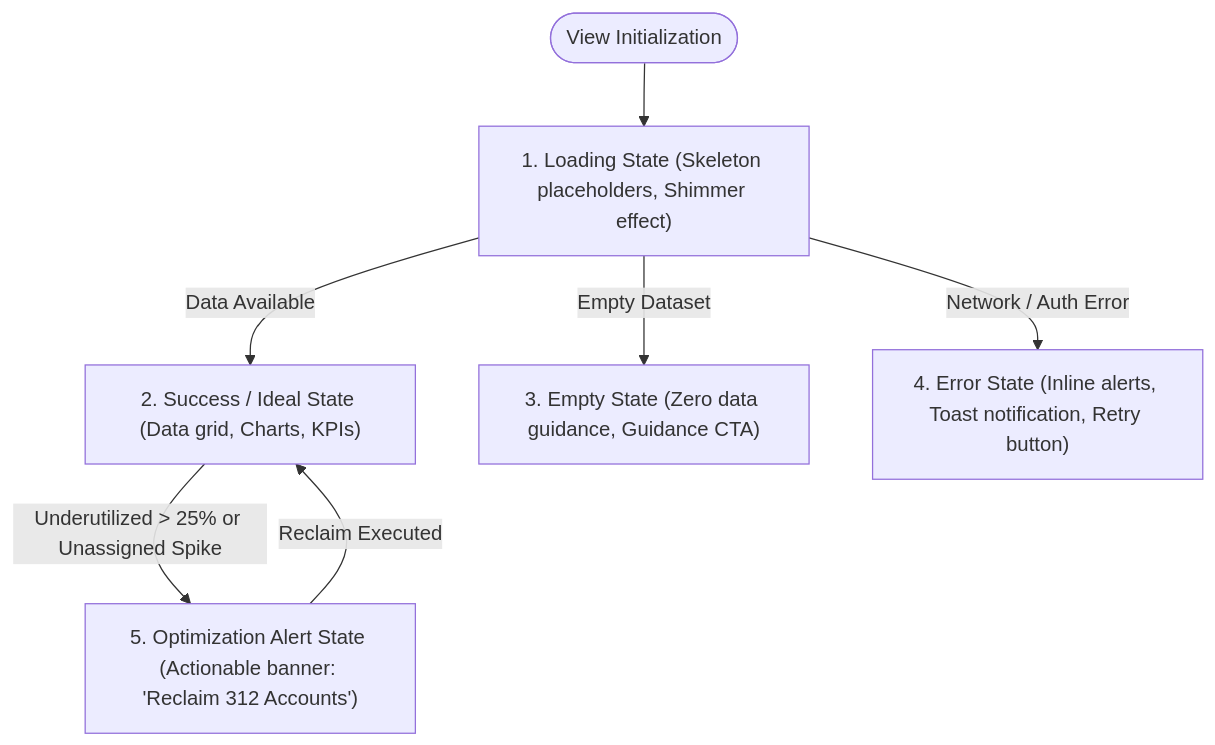
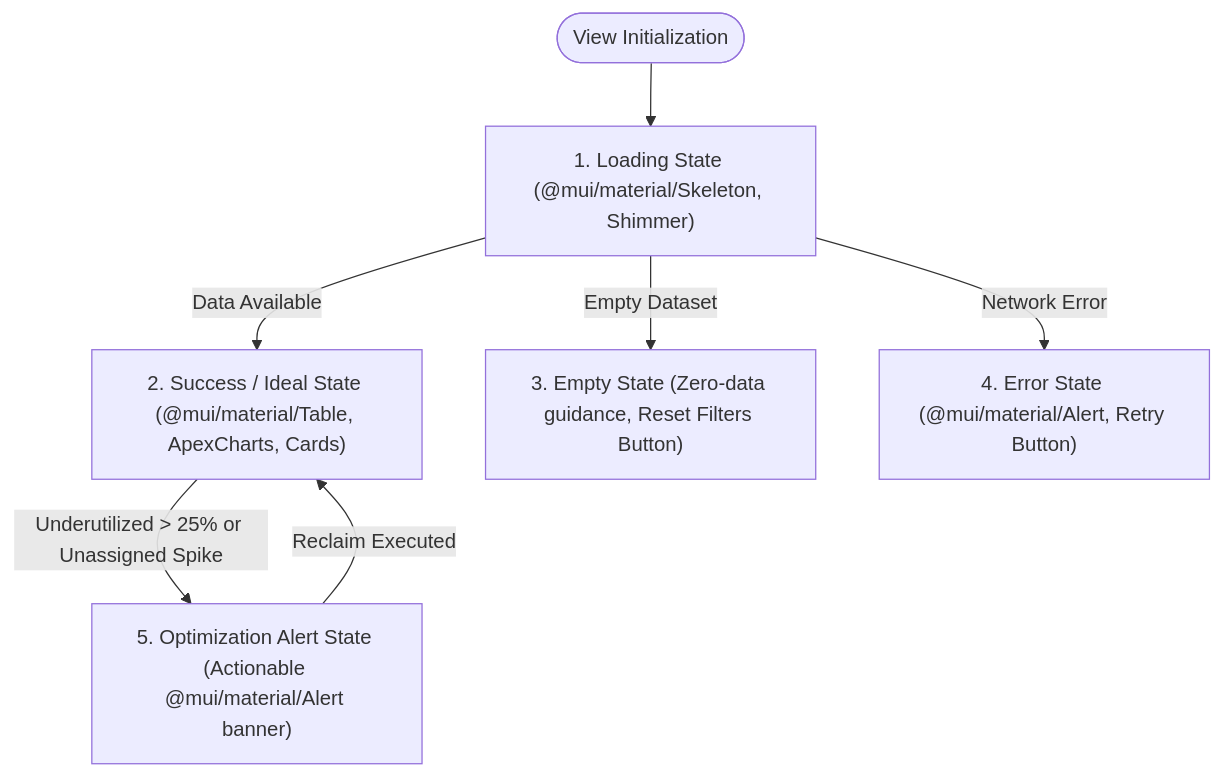
The second of 2 diagrams in docs/04-information-architecture-manager.md (cuonglpv/VFast), drawn with Mermaid before and after one commit. The commit also changed other lines of this file, not shown here.

Commit message:
docs: add MUI Material & ApexCharts standards, zero-bloat UI and icon integrity constraints

````diff
--- a/docs/04-information-architecture-manager.md
+++ b/docs/04-information-architecture-manager.md
@@ -320,9 +355,9 @@
 ```mermaid
 flowchart TD
-    Init(["View Initialization"]) --> Loading["1. Loading State (Skeleton placeholders, Shimmer effect)"]
-    Loading -->|"Data Available"| Success["2. Success / Ideal State (Data grid, Charts, KPIs)"]
-    Loading -->|"Empty Dataset"| Empty["3. Empty State (Zero data guidance, Guidance CTA)"]
-    Loading -->|"Network / Auth Error"| Error["4. Error State (Inline alerts, Toast notification, Retry button)"]
-    Success -->|"Underutilized > 25% or Unassigned Spike"| AlertState["5. Optimization Alert State (Actionable banner: 'Reclaim 312 Accounts')"]
+    Init(["View Initialization"]) --> Loading["1. Loading State (@mui/material/Skeleton, Shimmer)"]
+    Loading -->|"Data Available"| Success["2. Success / Ideal State (@mui/material/Table, ApexCharts, Cards)"]
+    Loading -->|"Empty Dataset"| Empty["3. Empty State (Zero-data guidance, Reset Filters Button)"]
+    Loading -->|"Network Error"| Error["4. Error State (@mui/material/Alert, Retry Button)"]
+    Success -->|"Underutilized > 25% or Unassigned Spike"| AlertState["5. Optimization Alert State (Actionable @mui/material/Alert banner)"]
     AlertState -->|"Reclaim Executed"| Success
 ```
````
